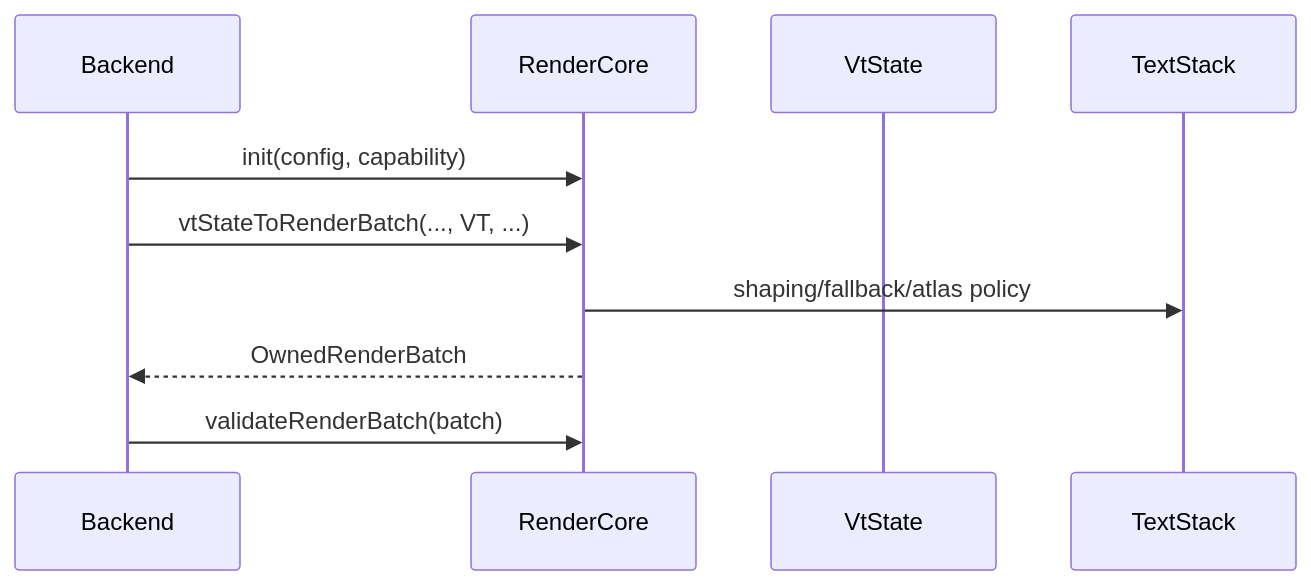
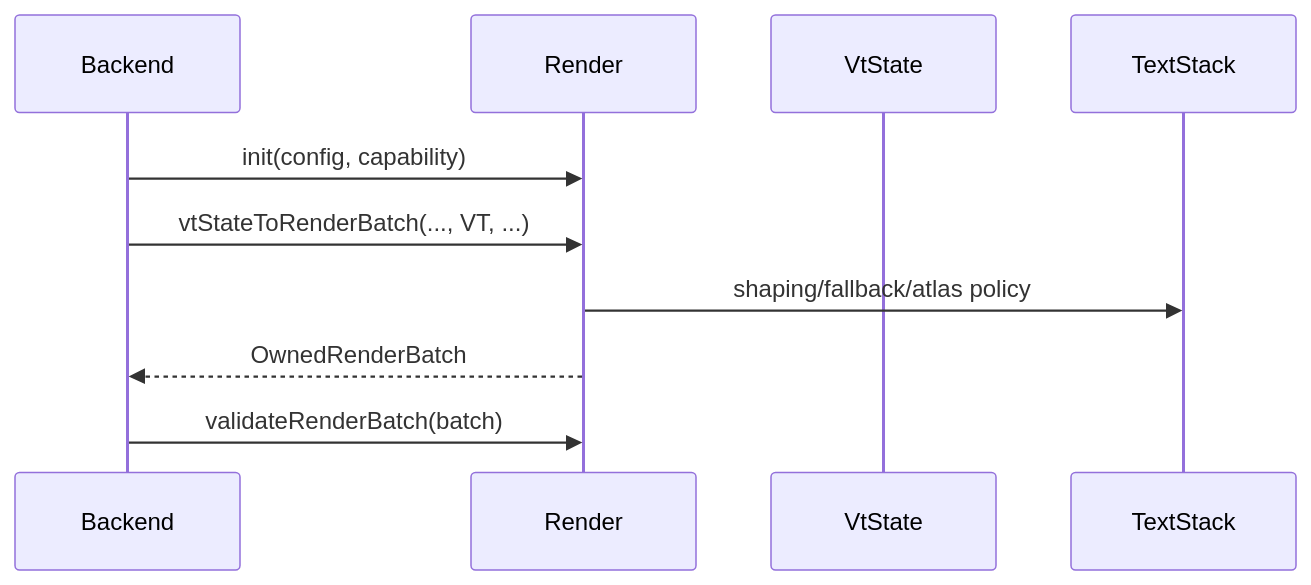
One commit to LaurenceGuws/howl-render-core changed the third of 3 diagrams in design.md. Above: the diagram before and after it, drawn with Mermaid. The commit also changed other lines of this file and 49 other files, not shown here.

Commit message:
render: drop core naming from the owner surface

````diff
--- a/design.md
+++ b/design.md
@@ -52,13 +52,13 @@
 ```mermaid
 sequenceDiagram
     participant Backend
-    participant RC as RenderCore
+    participant RC as Render
     participant VT as VtState
     participant TS as TextStack
 
     Backend->>RC: init(config, capability)
     Backend->>RC: vtStateToRenderBatch(..., VT, ...)
     RC->>TS: shaping/fallback/atlas policy
     RC-->>Backend: OwnedRenderBatch
     Backend->>RC: validateRenderBatch(batch)
 ```
````
